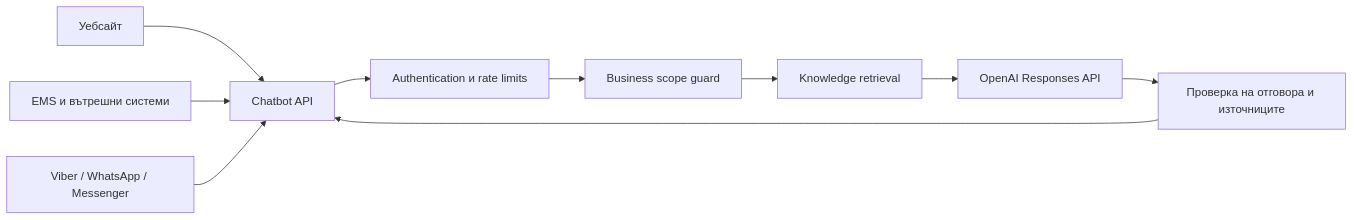
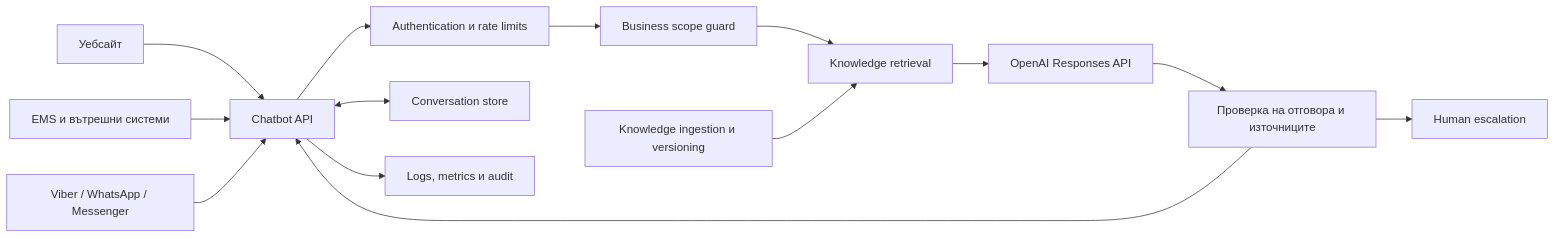
One commit to laleksandrov/chatbot changed the diagram in README.md. Above: the diagram before and after it, drawn with Mermaid. The commit also changed other lines of this file, not shown here.

````diff
--- a/README.md
+++ b/README.md
@@ -36,17 +36,22 @@
 ```mermaid
 flowchart LR
     WEB["Уебсайт"]
     EMS["EMS и вътрешни системи"]
     MSG["Viber / WhatsApp / Messenger"]
 
     WEB --> API["Chatbot API"]
     EMS --> API
     MSG --> API
 
     API --> AUTH["Authentication и rate limits"]
     AUTH --> SCOPE["Business scope guard"]
     SCOPE --> RETRIEVAL["Knowledge retrieval"]
     RETRIEVAL --> MODEL["OpenAI Responses API"]
     MODEL --> VALIDATION["Проверка на отговора и източниците"]
     VALIDATION --> API
+
+    INGESTION["Knowledge ingestion и versioning"] --> RETRIEVAL
+    API <--> STORE["Conversation store"]
+    VALIDATION --> ESCALATION["Human escalation"]
+    API --> OBS["Logs, metrics и audit"]
 ```
````
